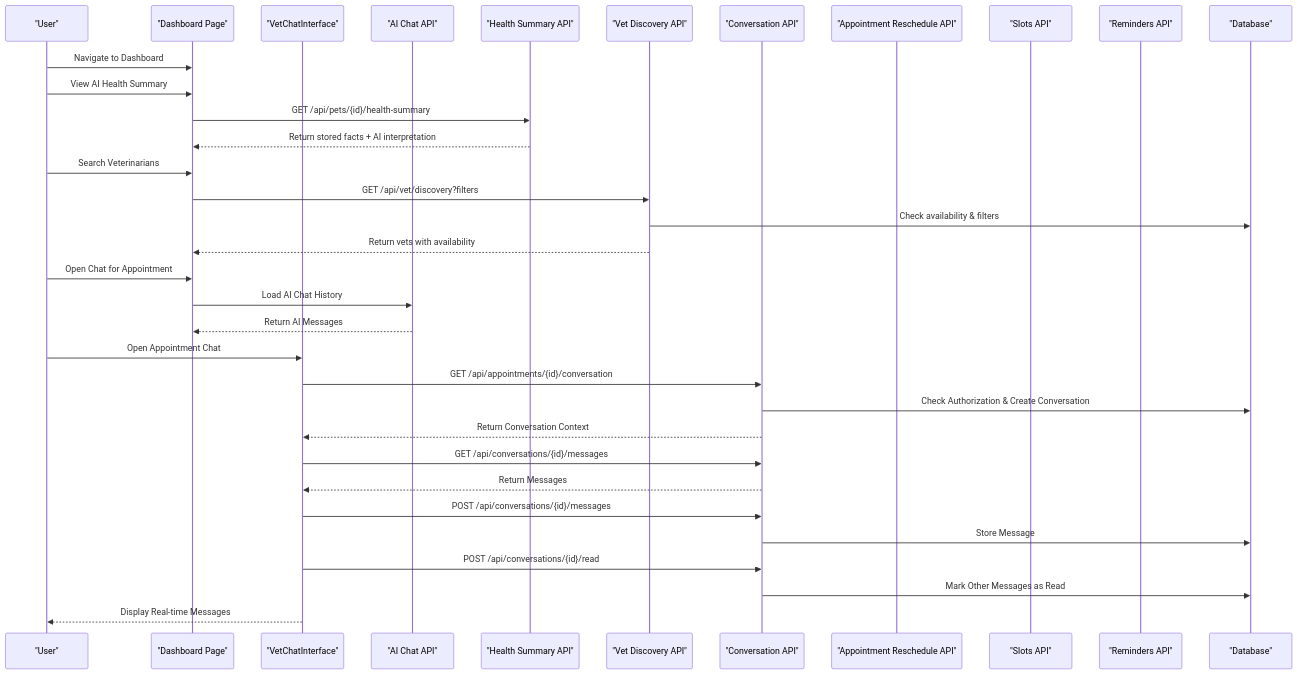
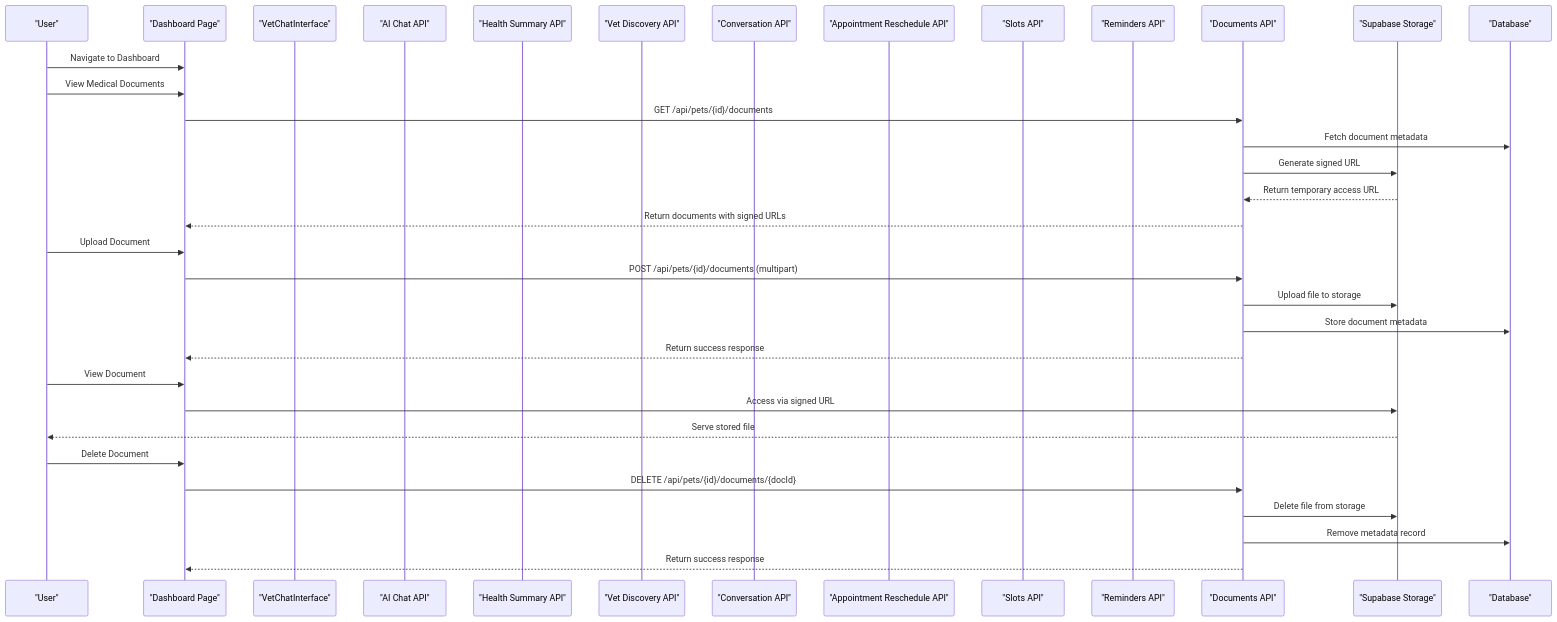
The second of 3 diagrams in .qoder/repowiki/en/content/User Dashboards/Pet Owner Dashboard.md (Javeria-Javaid/ai-powered-pet-healthcare-ecosystem), drawn with Mermaid before and after one commit. The commit also changed other lines of this file and 54 other files, not shown here.

````diff
--- a/.qoder/repowiki/en/content/User Dashboards/Pet Owner Dashboard.md
+++ b/.qoder/repowiki/en/content/User Dashboards/Pet Owner Dashboard.md
@@ -205,36 +233,36 @@
 ```mermaid
 sequenceDiagram
 participant U as "User"
 participant D as "Dashboard Page"
 participant VC as "VetChatInterface"
 participant AC as "AI Chat API"
 participant HS as "Health Summary API"
 participant VD as "Vet Discovery API"
 participant CC as "Conversation API"
 participant AR as "Appointment Reschedule API"
 participant AS as "Slots API"
 participant RM as "Reminders API"
+participant DS as "Documents API"
+participant ST as "Supabase Storage"
 participant DB as "Database"
 U->>D : Navigate to Dashboard
-U->>D : View AI Health Summary
-D->>HS : GET /api/pets/{id}/health-summary
-HS-->>D : Return stored facts + AI interpretation
-U->>D : Search Veterinarians
-D->>VD : GET /api/vet/discovery?filters
-VD->>DB : Check availability & filters
-VD-->>D : Return vets with availability
-U->>D : Open Chat for Appointment
-D->>AC : Load AI Chat History
-AC-->>D : Return AI Messages
-U->>VC : Open Appointment Chat
-VC->>CC : GET /api/appointments/{id}/conversation
-CC->>DB : Check Authorization & Create Conversation
-CC-->>VC : Return Conversation Context
-VC->>CC : GET /api/conversations/{id}/messages
-CC-->>VC : Return Messages
-VC->>CC : POST /api/conversations/{id}/messages
-CC->>DB : Store Message
-VC->>CC : POST /api/conversations/{id}/read
-CC->>DB : Mark Other Messages as Read
-VC-->>U : Display Real-time Messages
+U->>D : View Medical Documents
+D->>DS : GET /api/pets/{id}/documents
+DS->>DB : Fetch document metadata
+DS->>ST : Generate signed URL
+ST-->>DS : Return temporary access URL
+DS-->>D : Return documents with signed URLs
+U->>D : Upload Document
+D->>DS : POST /api/pets/{id}/documents (multipart)
+DS->>ST : Upload file to storage
+DS->>DB : Store document metadata
+DS-->>D : Return success response
+U->>D : View Document
+D->>ST : Access via signed URL
+ST-->>U : Serve stored file
+U->>D : Delete Document
+D->>DS : DELETE /api/pets/{id}/documents/{docId}
+DS->>ST : Delete file from storage
+DS->>DB : Remove metadata record
+DS-->>D : Return success response
 ```
````
